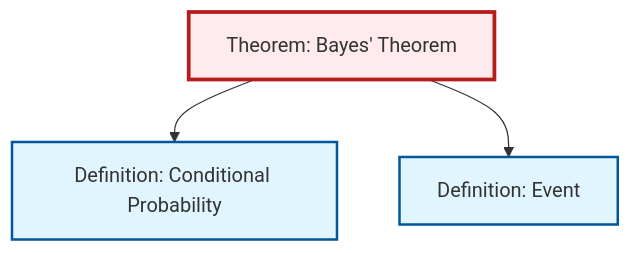
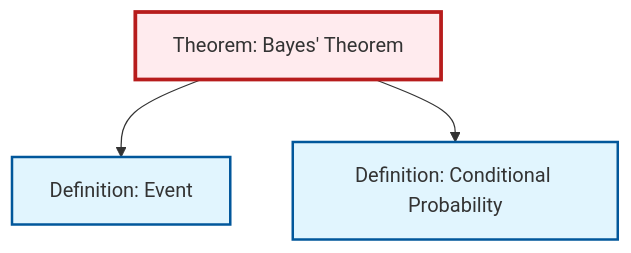
One commit to RK0429/ModernMath changed the diagram in output/mermaid/thm-bayes.mermaid. Above: the diagram before and after it, drawn with Mermaid. The commit also changed other lines of this file and 1174 other files, not shown here.

```diff
--- a/output/mermaid/thm-bayes.mermaid
+++ b/output/mermaid/thm-bayes.mermaid
@@ -1,13 +1,13 @@
 %%| fig-cap: "Local dependency graph"
 graph TD
     classDef definition fill:#e1f5fe,stroke:#01579b,stroke-width:2px
     classDef theorem fill:#f3e5f5,stroke:#4a148c,stroke-width:2px
     classDef axiom fill:#fff3e0,stroke:#e65100,stroke-width:2px
     classDef example fill:#e8f5e9,stroke:#1b5e20,stroke-width:2px
     classDef current fill:#ffebee,stroke:#b71c1c,stroke-width:3px
-    thm-bayes["Theorem: Bayes' Theorem"]:::theorem
     def-conditional-probability["Definition: Conditional Probability"]:::definition
     def-event["Definition: Event"]:::definition
+    thm-bayes["Theorem: Bayes' Theorem"]:::theorem
+    thm-bayes --> def-event
     thm-bayes --> def-conditional-probability
-    thm-bayes --> def-event
     class thm-bayes current
```
